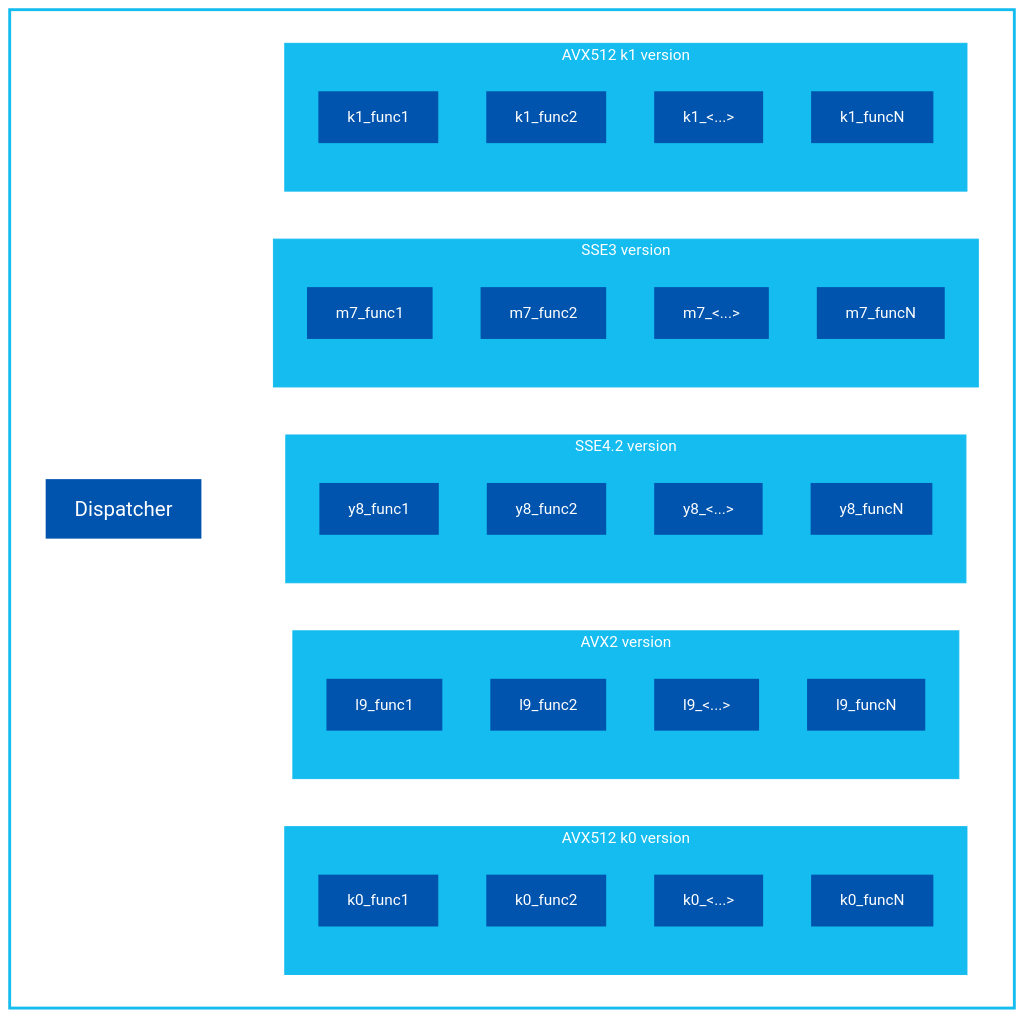
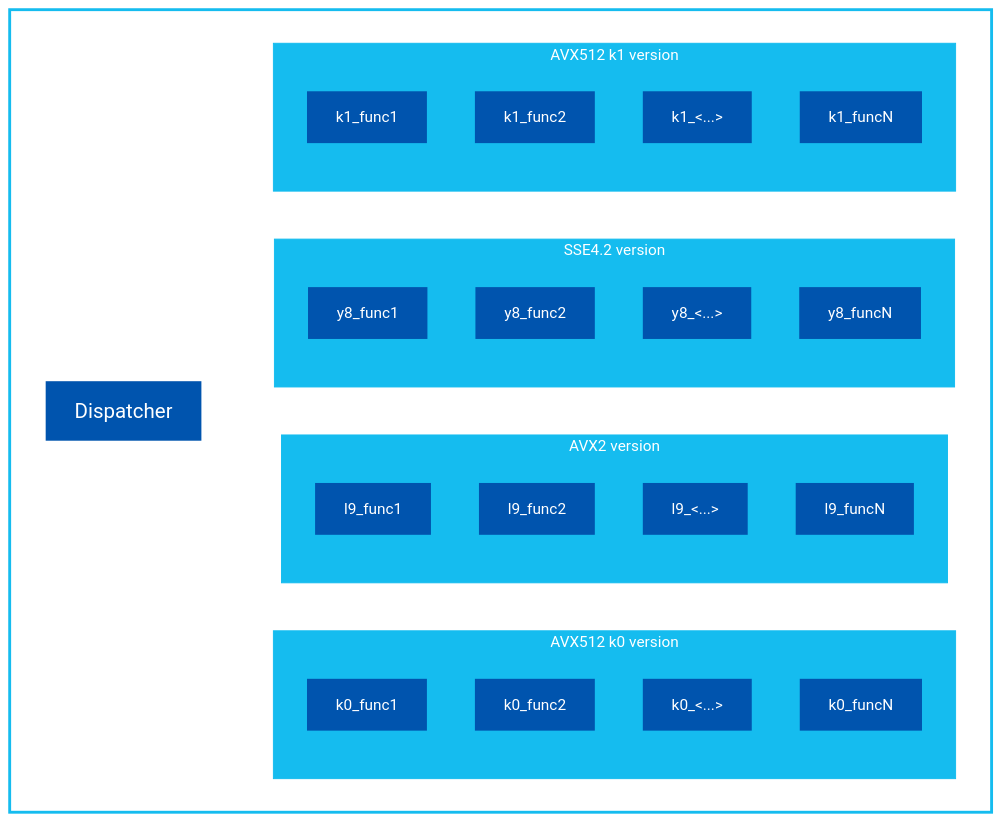
One commit to intel/cryptography-primitives changed the third of 3 diagrams in OVERVIEW.md. Above: the diagram before and after it, drawn with Mermaid. The commit also changed other lines of this file and 24 other files, not shown here.

````diff
--- a/OVERVIEW.md
+++ b/OVERVIEW.md
@@ -261,60 +255,51 @@
 ```mermaid
 flowchart TD
     %% Style for classes
     classDef class1 fill:#0054AE, stroke:none, color:#FFFFFF, font-size:16pt
     classDef class2 fill:#0054AE, stroke:none, color:#FFFFFF, font-size:12pt
         subgraph base[" "]
 
             Dispatcher["Dispatcher"]:::class1
-
-            subgraph m7_graph["SSE3 version"]
-                m7_1["m7_func1"]:::class2
-                m7_2["m7_func2"]:::class2
-                m7_3["m7_<...>"]:::class2
-                m7_4["m7_funcN"]:::class2
-            end
 
             subgraph y8_graph["SSE4.2 version"]
                y8_1["y8_func1"]:::class2
                 y8_2["y8_func2"]:::class2
                 y8_3["y8_<...>"]:::class2
                 y8_4["y8_funcN"]:::class2
             end
 
             subgraph l9_graph["AVX2 version"]
                 l9_1["l9_func1"]:::class2
                 l9_2["l9_func2"]:::class2
                 l9_3["l9_<...>"]:::class2
                 l9_4["l9_funcN"]:::class2
             end
 
             subgraph k0_graph["AVX512 k0 version"]
                 k0_1["k0_func1"]:::class2
                 k0_2["k0_func2"]:::class2
                 k0_3["k0_<...>"]:::class2
                 k0_4["k0_funcN"]:::class2
             end
 
             subgraph k1_graph["AVX512 k1 version"]
                 k1_1["k1_func1"]:::class2
                 k1_2["k1_func2"]:::class2
                 k1_3["k1_<...>"]:::class2
                 k1_4["k1_funcN"]:::class2
             end
 
-            Dispatcher ~~~ m7_graph
             Dispatcher ~~~ y8_graph
             Dispatcher ~~~ l9_graph
             Dispatcher ~~~ k0_graph
             Dispatcher ~~~ k1_graph
         end
 
     %% Style for subgraphs
-    style m7_graph fill:#15BCEF, stroke:#15BCEF, color:#FFFFFF
     style y8_graph fill:#15BCEF, stroke:#15BCEF, color:#FFFFFF
     style l9_graph fill:#15BCEF, stroke:#15BCEF, color:#FFFFFF
     style k0_graph fill:#15BCEF, stroke:#15BCEF, color:#FFFFFF
     style k1_graph fill:#15BCEF, stroke:#15BCEF, color:#FFFFFF
 
     style base fill:none, stroke:#15BCEF, stroke-width:3px, color:#0054AE, font-size:16pt
 ```
````
